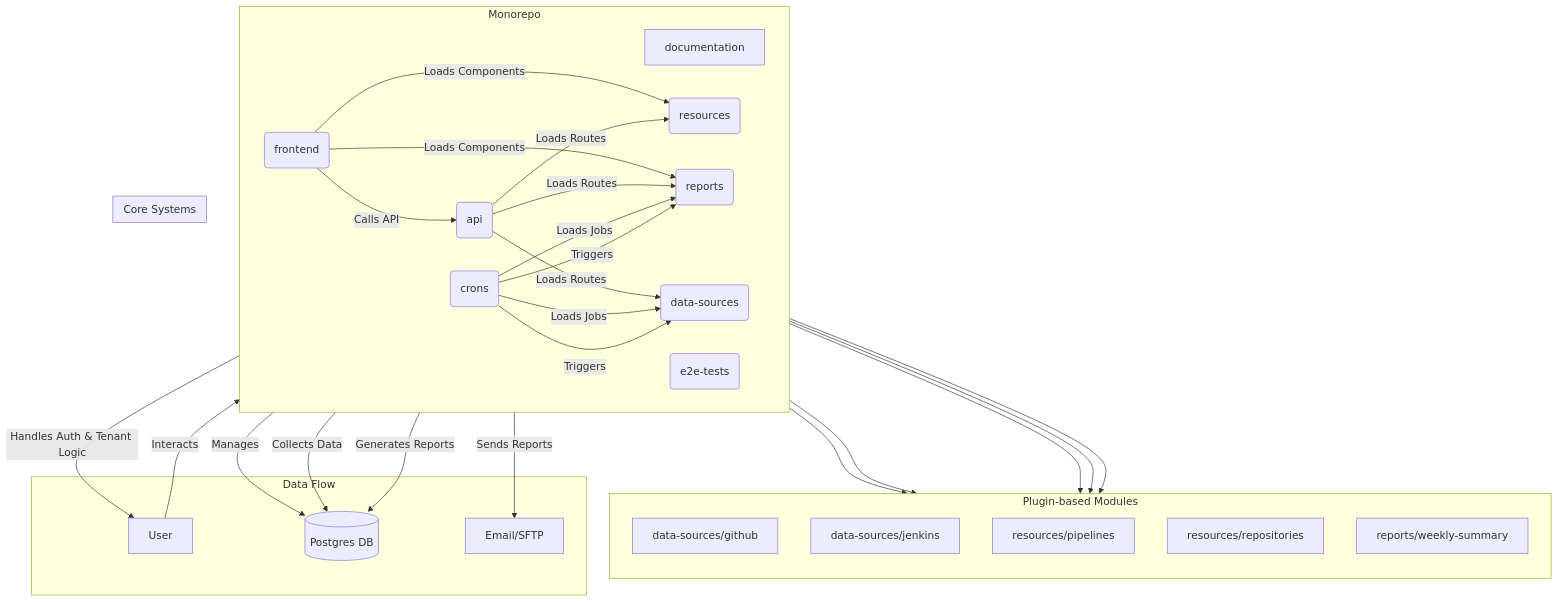
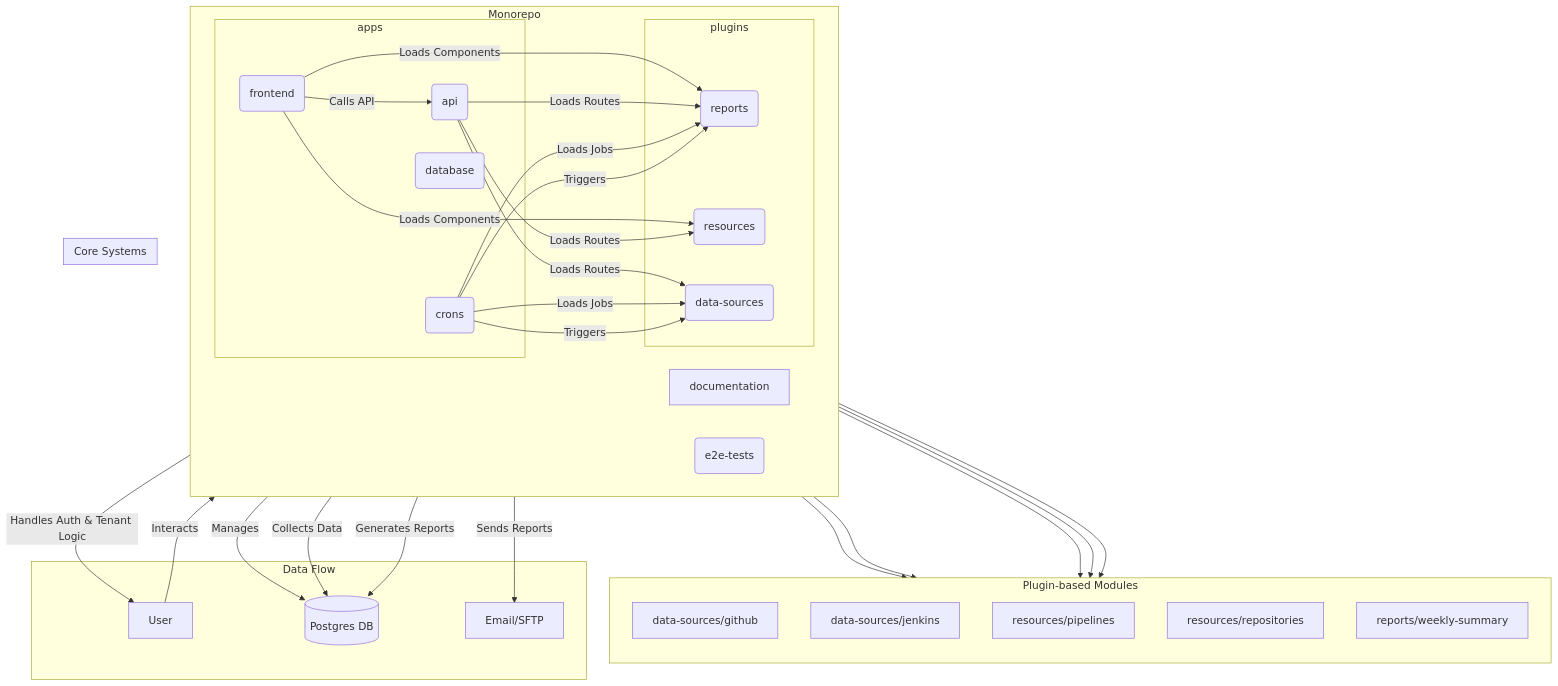
One commit to Norton-Studios/momentum changed the first of 2 diagrams in documentation/ARCHITECTURE.md. Above: the diagram before and after it, drawn with Mermaid. The commit also changed other lines of this file and 42 other files, not shown here.

````diff
--- a/documentation/ARCHITECTURE.md
+++ b/documentation/ARCHITECTURE.md
@@ -7,46 +7,51 @@
 ```mermaid
 graph TD
     subgraph Monorepo
         direction LR
+        subgraph "apps"
+            B(frontend)
+            C(api)
+            D(crons)
+            I(database)
+        end
+        subgraph "plugins"
+            E(reports)
+            F(resources)
+            G(data-sources)
+        end
         A[documentation]
-        B(frontend)
-        C(api)
-        D(crons)
-        E(reports)
-        F(resources)
-        G(data-sources)
         H(e2e-tests)
     end
 
     subgraph "Plugin-based Modules"
         direction TB
         G --> G1[data-sources/github]
         G --> G2[data-sources/jenkins]
         F --> F1[resources/pipelines]
         F --> F2[resources/repositories]
         E --> E1[reports/weekly-summary]
     end
 
     subgraph "Core Systems"
         B -- "Loads Components" --> F
         B -- "Loads Components" --> E
         C -- "Loads Routes" --> F
         C -- "Loads Routes" --> E
         C -- "Loads Routes" --> G
         D -- "Loads Jobs" --> G
         D -- "Loads Jobs" --> E
     end
 
     subgraph "Data Flow"
         U[User] -- "Interacts" --> B
         B -- "Calls API" --> C
         C -- "Manages" --> DB[(Postgres DB)]
         D -- "Triggers" --> G
         G -- "Collects Data" --> DB
         D -- "Triggers" --> E
         E -- "Generates Reports" --> DB
         E -- "Sends Reports" --> Notif[Email/SFTP]
     end
 
     C -- "Handles Auth & Tenant Logic" --> U
 ```
````
